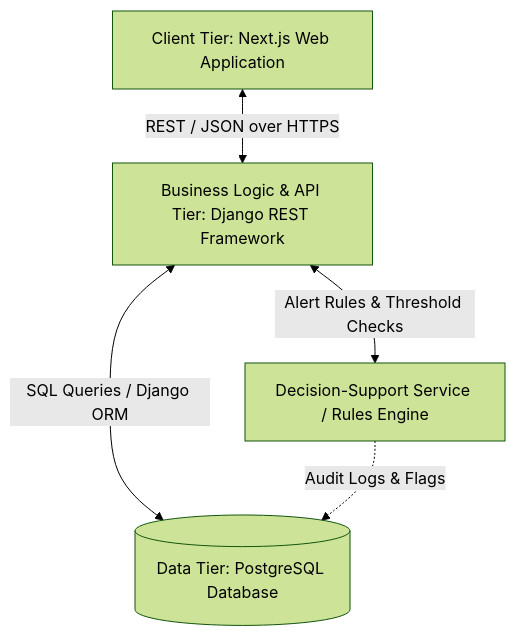
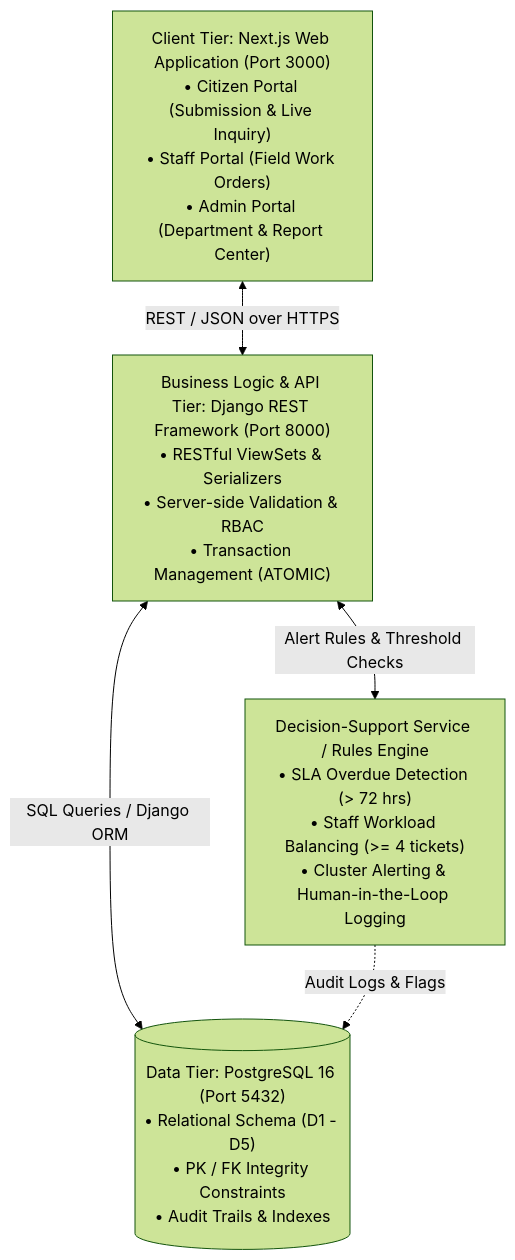
Before and after one commit to Arish026/municipal-complaint-system: the first of 2 diagrams in docs/SDS.md, drawn with Mermaid (forest theme). The commit also changed other lines of this file and 4 other files, not shown here.

Commit message:
docs: add concrete ERD, semantic nets, and DFD levels 0, 1, and 2 specifications

````diff
--- a/docs/SDS.md
+++ b/docs/SDS.md
@@ -8,12 +14,12 @@
 ```mermaid
 graph TD
-    Client["Client Tier: Next.js Web Application"]
-    API["Business Logic & API Tier: Django REST Framework"]
-    DB[("Data Tier: PostgreSQL Database")]
-    Agent["Decision-Support Service / Rules Engine"]
+    Client["Client Tier: Next.js Web Application (Port 3000)<br/>• Citizen Portal (Submission & Live Inquiry)<br/>• Staff Portal (Field Work Orders)<br/>• Admin Portal (Department & Report Center)"]
+    API["Business Logic & API Tier: Django REST Framework (Port 8000)<br/>• RESTful ViewSets & Serializers<br/>• Server-side Validation & RBAC<br/>• Transaction Management (ATOMIC)"]
+    DB[("Data Tier: PostgreSQL 16 (Port 5432)<br/>• Relational Schema (D1 - D5)<br/>• PK / FK Integrity Constraints<br/>• Audit Trails & Indexes")]
+    Agent["Decision-Support Service / Rules Engine<br/>• SLA Overdue Detection (> 72 hrs)<br/>• Staff Workload Balancing (>= 4 tickets)<br/>• Cluster Alerting & Human-in-the-Loop Logging"]
 
     Client <-->|REST / JSON over HTTPS| API
     API <-->|SQL Queries / Django ORM| DB
     API <-->|Alert Rules & Threshold Checks| Agent
     Agent -.->|Audit Logs & Flags| DB
 ```
````
